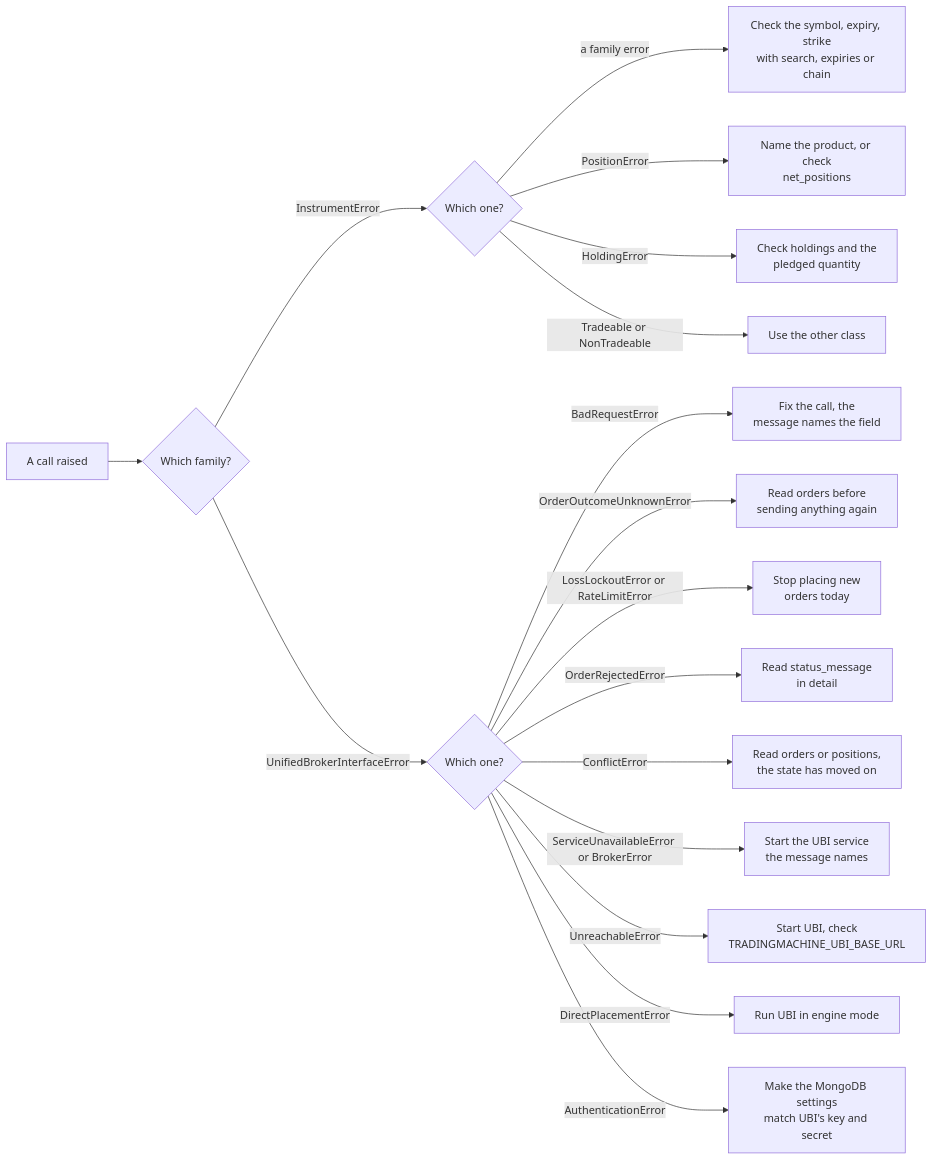
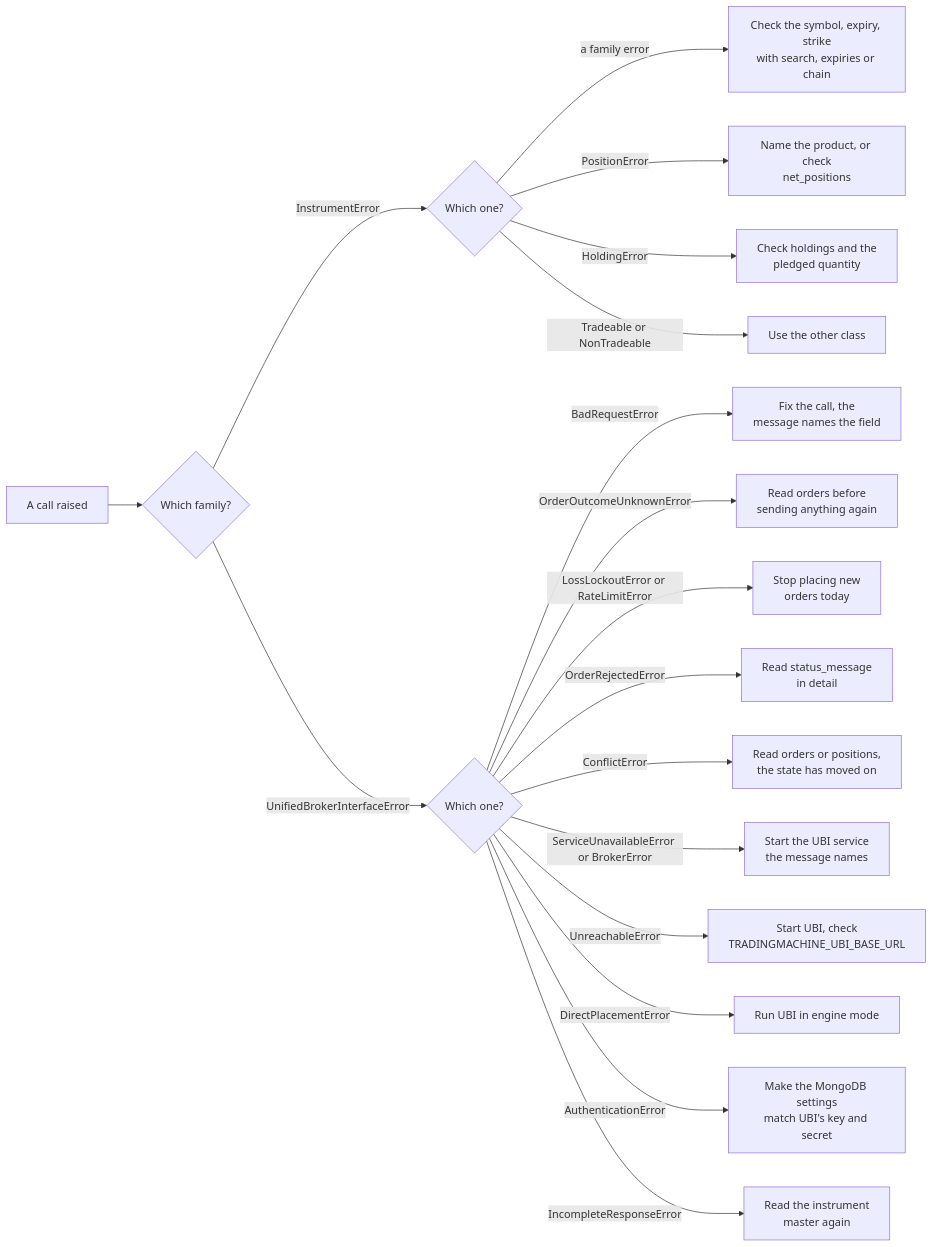
The third of 3 diagrams in docs/python-api/errors.md (pramodathani/tradingmachine), drawn with Mermaid before and after one commit. The commit also changed other lines of this file and 18 other files, not shown here.

````diff
--- a/docs/python-api/errors.md
+++ b/docs/python-api/errors.md
@@ -130,19 +133,20 @@
 ```mermaid
 flowchart LR
     A["A call raised"] --> B{"Which family?"}
     B -- "InstrumentError" --> C{"Which one?"}
     C -- "a family error" --> C1["Check the symbol, expiry, strike<br/>with search, expiries or chain"]
     C -- "PositionError" --> C2["Name the product, or check<br/>net_positions"]
     C -- "HoldingError" --> C3["Check holdings and the<br/>pledged quantity"]
     C -- "Tradeable or NonTradeable" --> C4["Use the other class"]
     B -- "UnifiedBrokerInterfaceError" --> D{"Which one?"}
     D -- "BadRequestError" --> D1["Fix the call, the<br/>message names the field"]
     D -- "OrderOutcomeUnknownError" --> D2["Read orders before<br/>sending anything again"]
     D -- "LossLockoutError or RateLimitError" --> D3["Stop placing new<br/>orders today"]
     D -- "OrderRejectedError" --> D4["Read status_message<br/>in detail"]
     D -- "ConflictError" --> D5["Read orders or positions,<br/>the state has moved on"]
     D -- "ServiceUnavailableError or BrokerError" --> D6["Start the UBI service<br/>the message names"]
     D -- "UnreachableError" --> D7["Start UBI, check<br/>TRADINGMACHINE_UBI_BASE_URL"]
     D -- "DirectPlacementError" --> D8["Run UBI in engine mode"]
     D -- "AuthenticationError" --> D9["Make the MongoDB settings<br/>match UBI's key and secret"]
+    D -- "IncompleteResponseError" --> D10["Read the instrument<br/>master again"]
 ```
````
